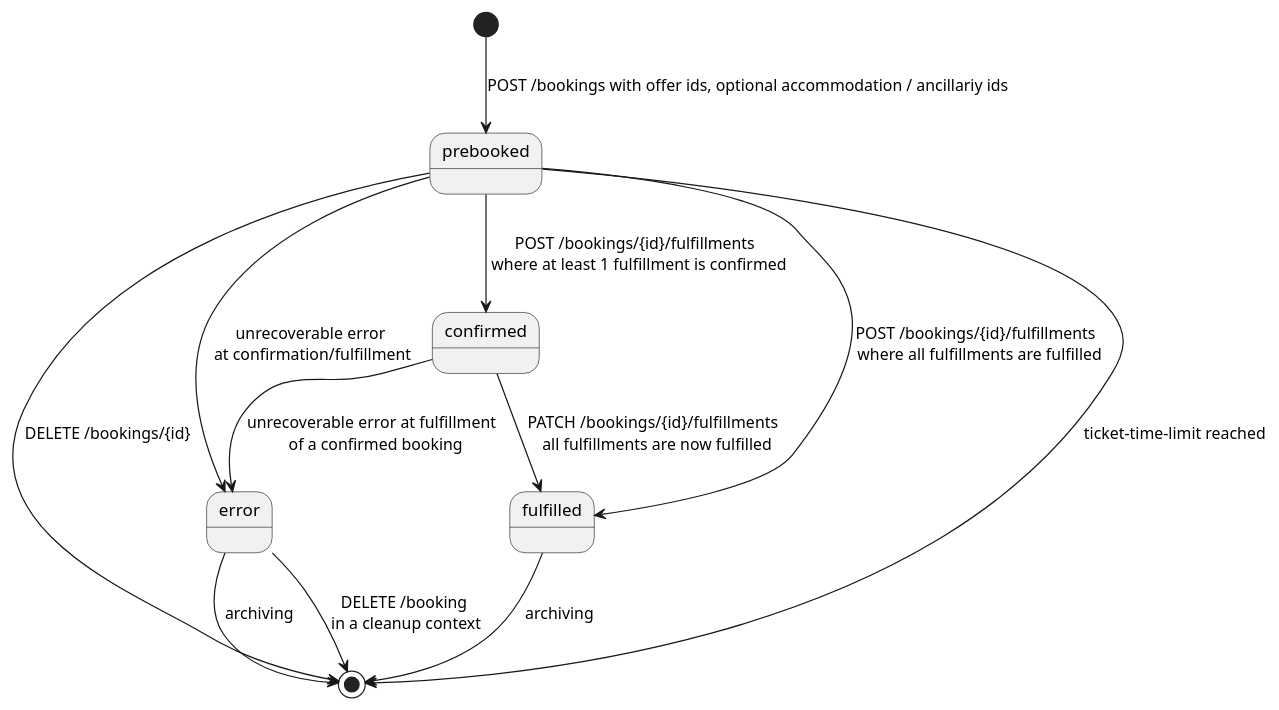
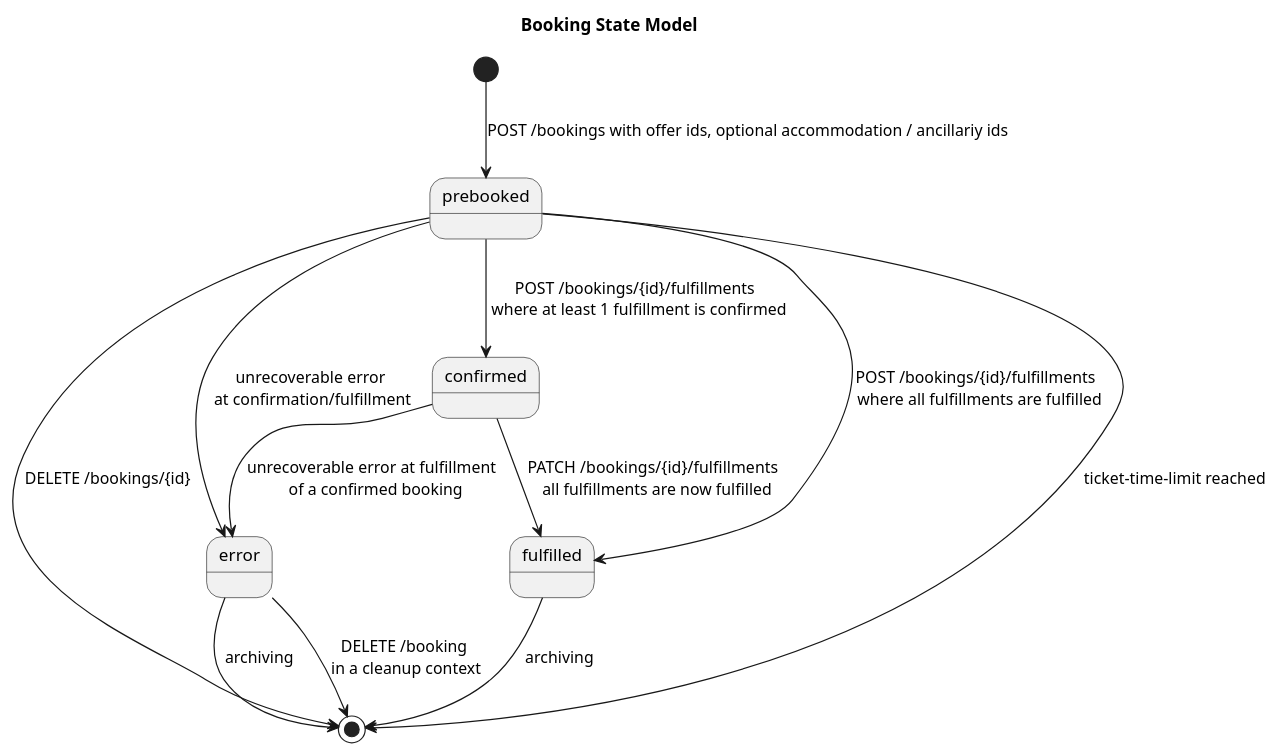
The diagram in images/models/booking-state-model.puml (UnionInternationalCheminsdeFer/OSDM), drawn with PlantUML before and after one commit. The commit also changed 20 other files, not shown here.

```diff
--- a/images/models/booking-state-model.puml
+++ b/images/models/booking-state-model.puml
@@ -1,14 +1,17 @@
 @startuml
+
+title "Booking State Model"
+
 [*] --> prebooked : POST /bookings with offer ids, optional accommodation / ancillariy ids
-
 prebooked --> confirmed: POST /bookings/{id}/fulfillments \n where at least 1 fulfillment is confirmed
 prebooked --> [*]: DELETE /bookings/{id}
 prebooked --> [*]: ticket-time-limit reached
 prebooked --> error: unrecoverable error \nat confirmation/fulfillment
 prebooked --> fulfilled: POST /bookings/{id}/fulfillments \n where all fulfillments are fulfilled
 confirmed --> fulfilled: PATCH /bookings/{id}/fulfillments \n all fulfillments are now fulfilled
 confirmed --> error: unrecoverable error at fulfillment \n of a confirmed booking
 fulfilled --> [*] : archiving
 error --> [*] : DELETE /booking \nin a cleanup context
 error --> [*] : archiving
+
 @enduml
```
